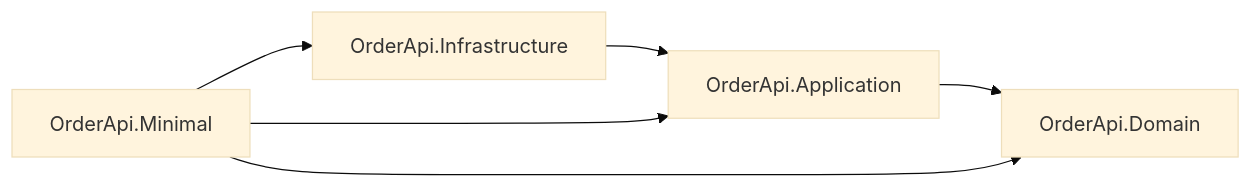
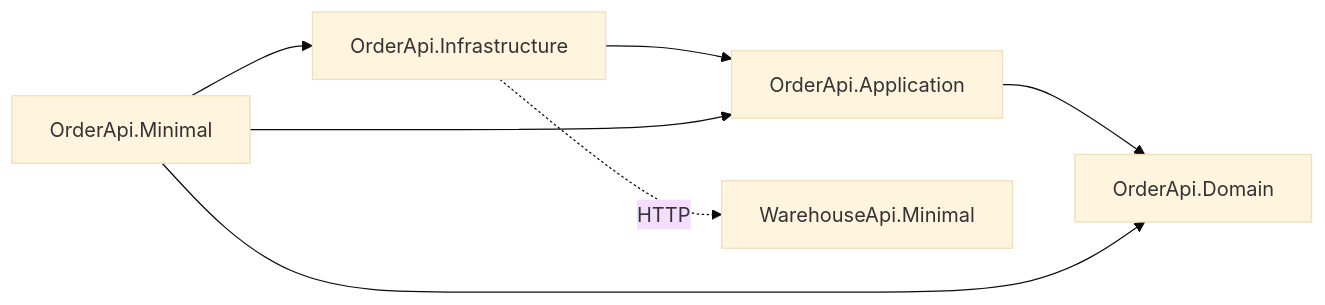
Before and after one commit to sulmar/sulmar-mon-restapi: the diagram in src/README.md, drawn with Mermaid (base theme). The commit also changed other lines of this file, not shown here.

First line of the commit message:
docs(src): extend README with structure, WarehouseApi.Minimal, SignalR, JWT descriptions

````diff
--- a/src/README.md
+++ b/src/README.md
@@ -46,12 +56,14 @@
 ```mermaid
 flowchart LR
   Domain[OrderApi.Domain]
   Application[OrderApi.Application]
   Infrastructure[OrderApi.Infrastructure]
   Minimal[OrderApi.Minimal]
+  Warehouse[WarehouseApi.Minimal]
   Application --> Domain
   Infrastructure --> Application
   Minimal --> Application
   Minimal --> Domain
   Minimal --> Infrastructure
+  Infrastructure -.->|HTTP| Warehouse
 ```
````
